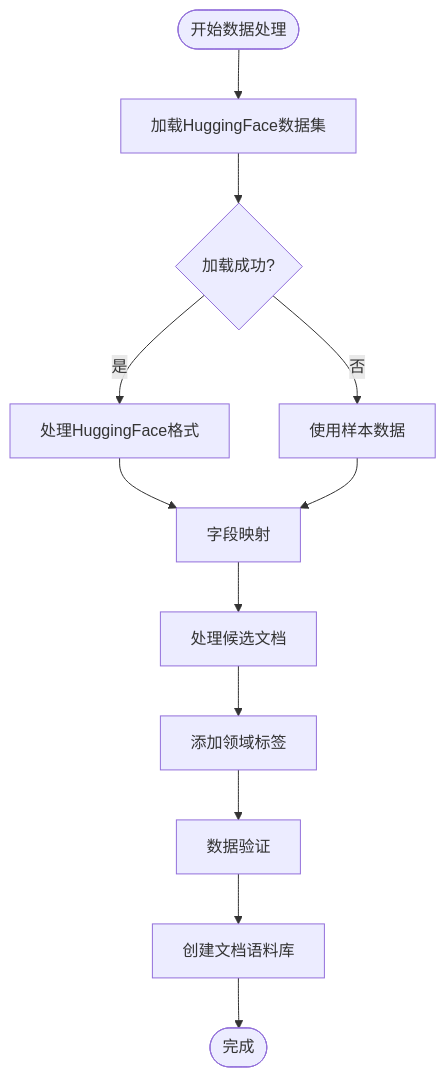
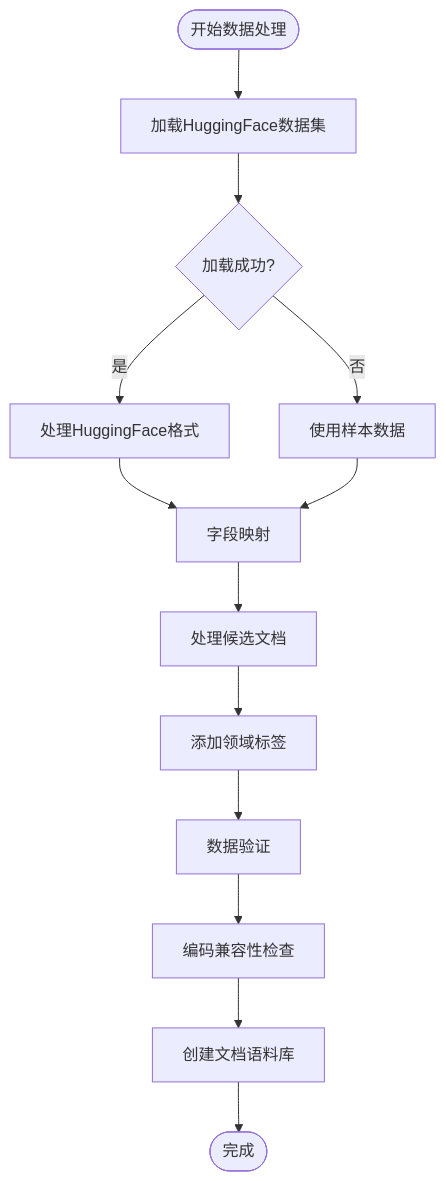
One commit to kitee0918/-nlp-rag-project changed the third of 7 diagrams in .qoder/repowiki/zh/content/技术实现指南/数据处理管道.md. Above: the diagram before and after it, drawn with Mermaid. The commit also changed other lines of this file and 5 other files, not shown here.

````diff
--- a/.qoder/repowiki/zh/content/技术实现指南/数据处理管道.md
+++ b/.qoder/repowiki/zh/content/技术实现指南/数据处理管道.md
@@ -194,14 +197,15 @@
 ```mermaid
 flowchart TD
 Start([开始数据处理]) --> LoadHF["加载HuggingFace数据集"]
 LoadHF --> LoadSuccess{"加载成功?"}
 LoadSuccess --> |是| HFProcess["处理HuggingFace格式"]
 LoadSuccess --> |否| SampleData["使用样本数据"]
 HFProcess --> FieldMapping["字段映射"]
 SampleData --> FieldMapping
 FieldMapping --> CandidateDocs["处理候选文档"]
 CandidateDocs --> DomainTag["添加领域标签"]
 DomainTag --> Validate["数据验证"]
-Validate --> CreateCorpus["创建文档语料库"]
+Validate --> EncodeCheck["编码兼容性检查"]
+EncodeCheck --> CreateCorpus["创建文档语料库"]
 CreateCorpus --> End([完成])
 ```
````
